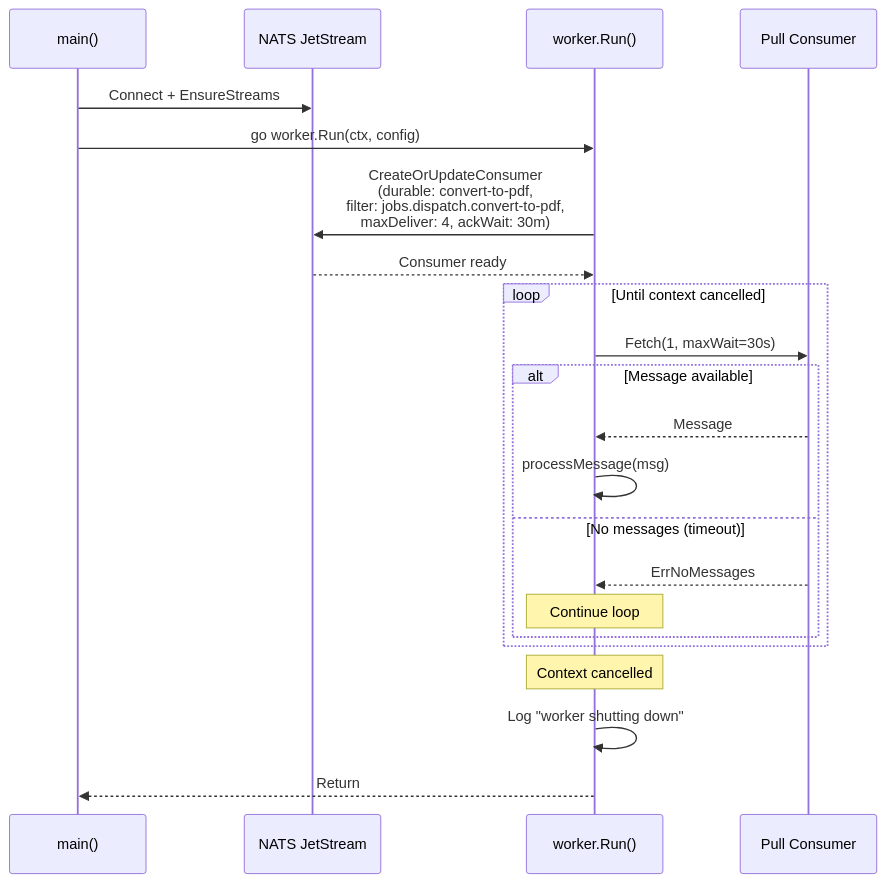
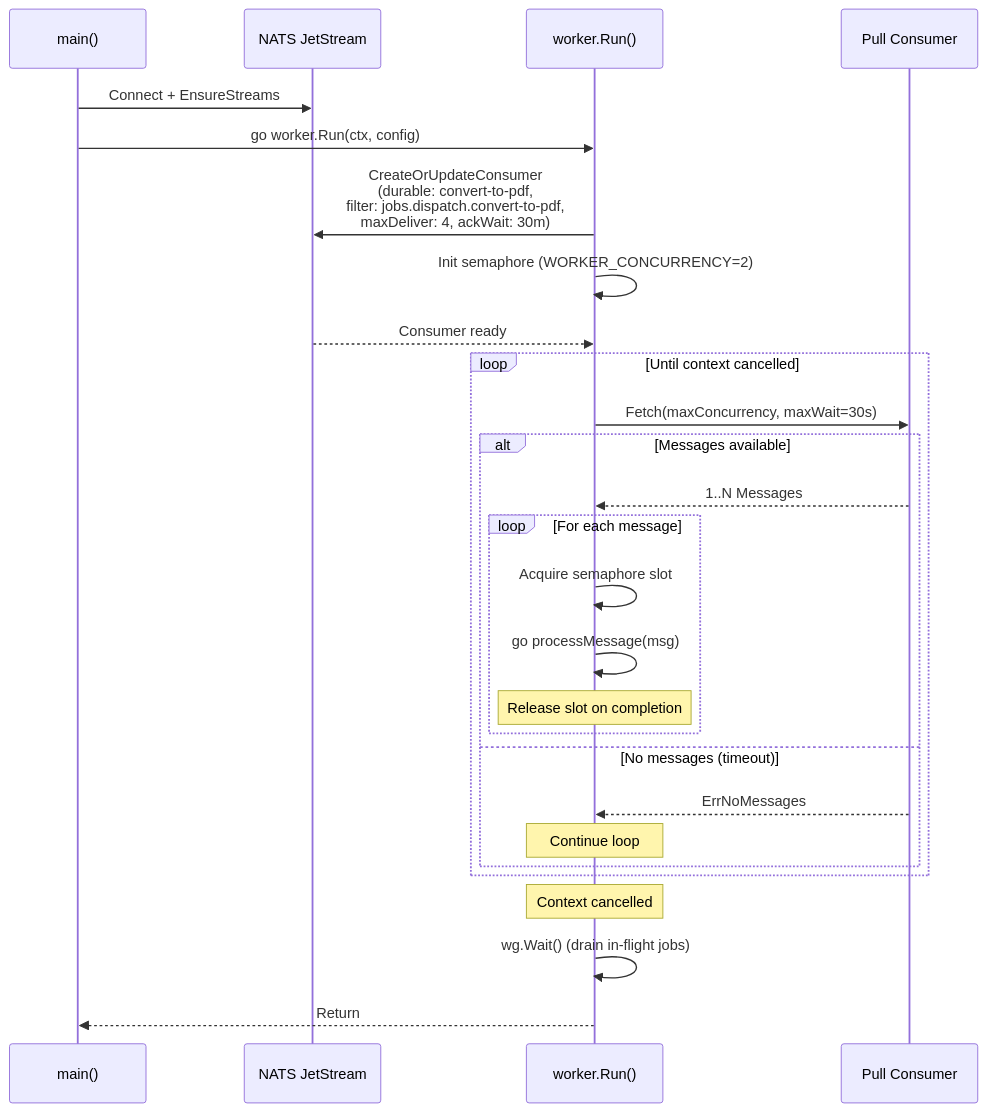
Before and after one commit to Prachidubey2003/fyredocs_backend: the fourth of 4 diagrams in docs/mermaid/service-convert-to-pdf-sequence.md, drawn with Mermaid. The commit also changed 11 other files, not shown here.

````diff
--- a/docs/mermaid/service-convert-to-pdf-sequence.md
+++ b/docs/mermaid/service-convert-to-pdf-sequence.md
@@ -96,30 +96,35 @@
 ```mermaid
 sequenceDiagram
     participant Main as main()
     participant NATS as NATS JetStream
     participant Worker as worker.Run()
     participant Consumer as Pull Consumer
 
     Main->>NATS: Connect + EnsureStreams
     Main->>Worker: go worker.Run(ctx, config)
 
     Worker->>NATS: CreateOrUpdateConsumer<br/>(durable: convert-to-pdf,<br/>filter: jobs.dispatch.convert-to-pdf,<br/>maxDeliver: 4, ackWait: 30m)
+    Worker->>Worker: Init semaphore (WORKER_CONCURRENCY=2)
 
     NATS-->>Worker: Consumer ready
 
     loop Until context cancelled
-        Worker->>Consumer: Fetch(1, maxWait=30s)
+        Worker->>Consumer: Fetch(maxConcurrency, maxWait=30s)
 
-        alt Message available
-            Consumer-->>Worker: Message
-            Worker->>Worker: processMessage(msg)
+        alt Messages available
+            Consumer-->>Worker: 1..N Messages
+            loop For each message
+                Worker->>Worker: Acquire semaphore slot
+                Worker->>Worker: go processMessage(msg)
+                Note over Worker: Release slot on completion
+            end
         else No messages (timeout)
             Consumer-->>Worker: ErrNoMessages
             Note over Worker: Continue loop
         end
     end
 
     Note over Worker: Context cancelled
-    Worker->>Worker: Log "worker shutting down"
+    Worker->>Worker: wg.Wait() (drain in-flight jobs)
     Worker-->>Main: Return
 ```
````
